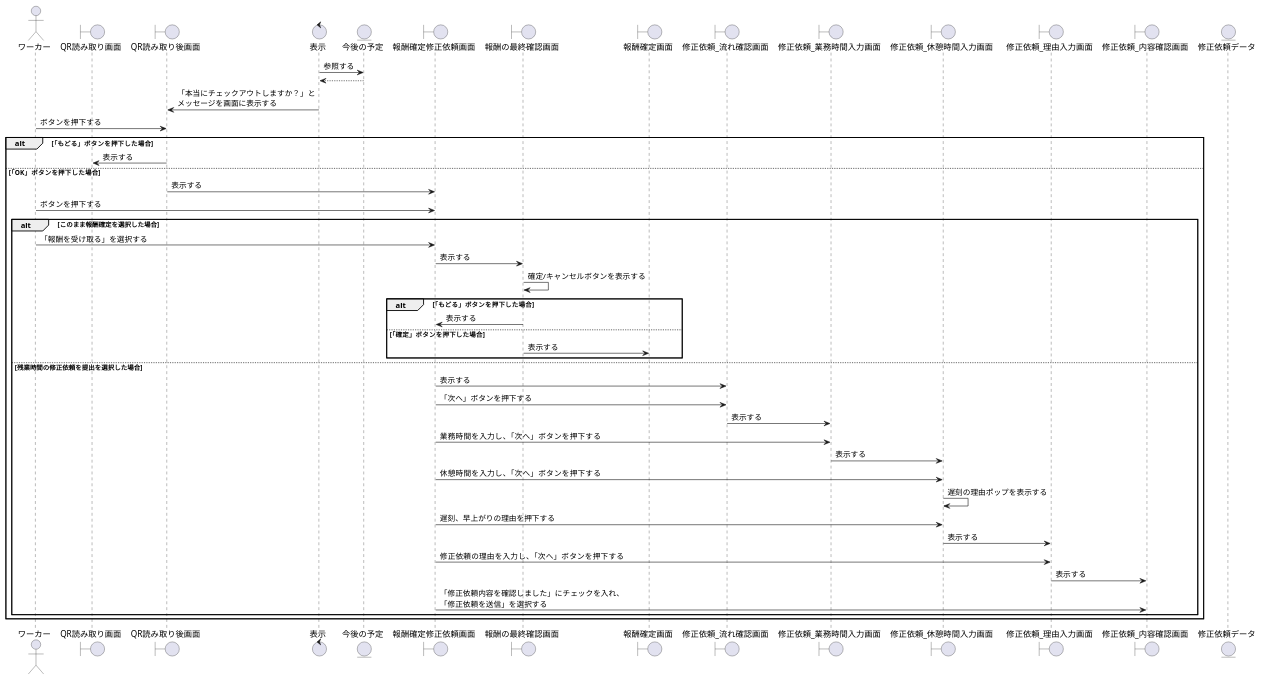
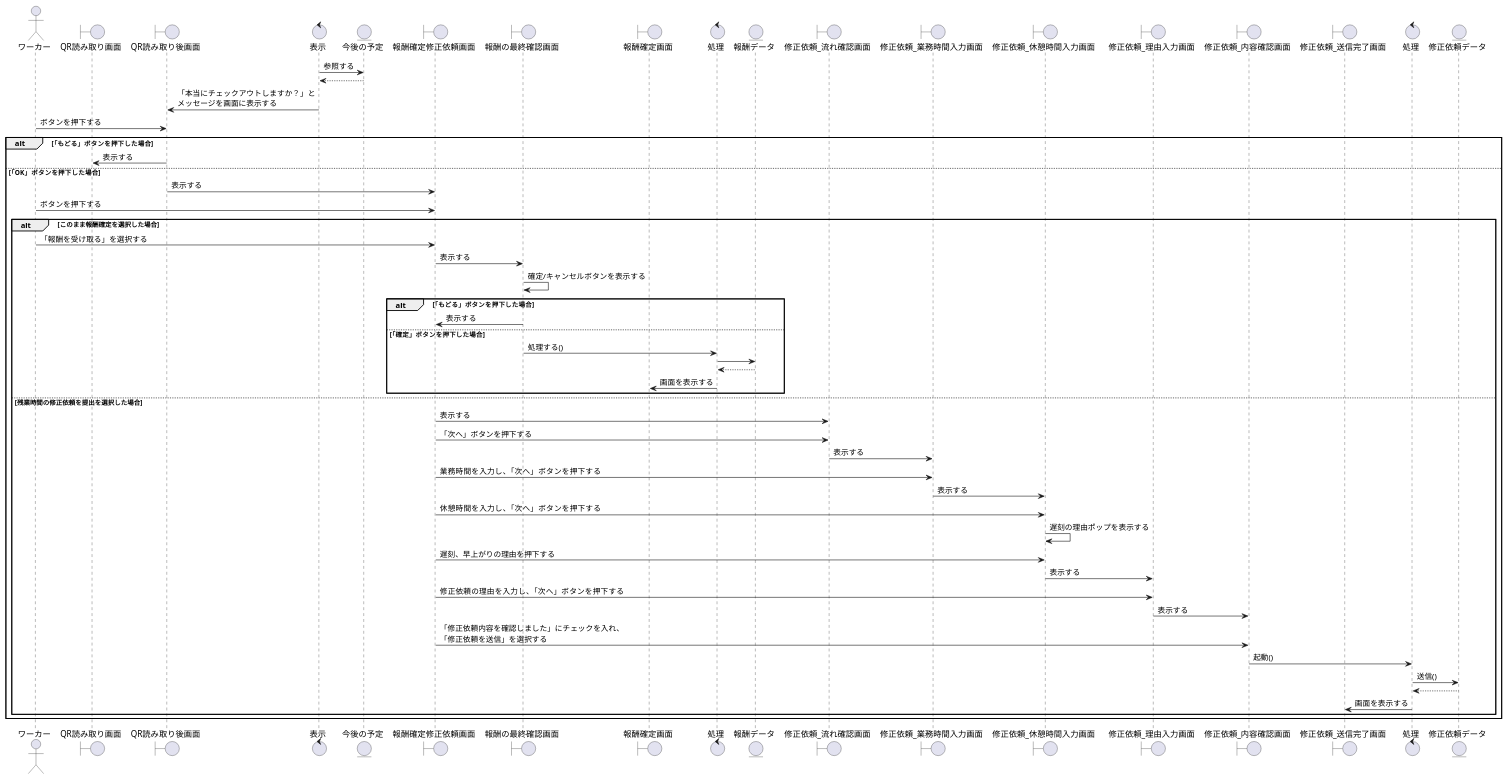
The diagram in sequence_fig/4_business_fn/2_QRの読み取りをする（退勤）.pu (irukacb256/high_Me), drawn with PlantUML before and after one commit. The commit also changed 1 other file, not shown here.

```diff
--- a/sequence_fig/4_business_fn/2_QRの読み取りをする（退勤）.pu
+++ b/sequence_fig/4_business_fn/2_QRの読み取りをする（退勤）.pu
@@ -1,64 +1,79 @@
 @startuml QRの読み取りをする（退勤）
 
 actor ワーカー as wo1
 boundary QR読み取り画面 as ch2
 boundary QR読み取り後画面 as ch1
 control 表示 as co1
 entity 今後の予定 as en1
 boundary 報酬確定修正依頼画面 as rc1
 boundary 報酬の最終確認画面 as rl1
 boundary 報酬確定画面 as rc2
 
+control 処理 as co2
+entity 報酬データ as en2
+
+
 boundary 修正依頼_流れ確認画面 as mr1
 boundary 修正依頼_業務時間入力画面 as mr2
 boundary 修正依頼_休憩時間入力画面 as mr3
 boundary 修正依頼_理由入力画面 as mr4
 boundary 修正依頼_内容確認画面 as mr5
+boundary 修正依頼_送信完了画面 as mr6
+
+control 処理 as co3
+
 
 
 
 entity 修正依頼データ as md1
 
 co1 -> en1 : 参照する
 en1 --> co1
 
 co1 -> ch1 : 「本当にチェックアウトしますか？」と\nメッセージを画面に表示する
 wo1 -> ch1 :ボタンを押下する
 alt 「もどる」ボタンを押下した場合
     ch1 -> ch2 : 表示する
 else 「OK」ボタンを押下した場合
 
 
     ch1 -> rc1 : 表示する
     wo1 -> rc1 :ボタンを押下する
     alt このまま報酬確定を選択した場合
-            wo1 -> rc1 : 「報酬を受け取る」を選択する
+        wo1 -> rc1 : 「報酬を受け取る」を選択する
         rc1 -> rl1 : 表示する
 
         rl1 -> rl1 : 確定/キャンセルボタンを表示する
         alt 「もどる」ボタンを押下した場合
             rl1 -> rc1 : 表示する
         else 「確定」ボタンを押下した場合
-            rl1 -> rc2 : 表示する
+            rl1 -> co2 : 処理する()
+            co2 -> en2
+            co2 <-- en2
+            rc2 <- co2 :画面を表示する
         end
 
     else 残業時間の修正依頼を提出を選択した場合
-    rc1 -> mr1 :表示する
-    rc1 -> mr1 :「次へ」ボタンを押下する
-    mr1 -> mr2 :表示する
-    rc1 -> mr2 :業務時間を入力し、「次へ」ボタンを押下する
-    mr2 -> mr3 :表示する
-    rc1 -> mr3 :休憩時間を入力し、「次へ」ボタンを押下する
-    mr3 -> mr3 :遅刻の理由ポップを表示する
-    rc1 -> mr3 :遅刻、早上がりの理由を押下する
-    mr3 -> mr4 :表示する
-    rc1 -> mr4 :修正依頼の理由を入力し、「次へ」ボタンを押下する
-    mr4 -> mr5 :表示する
-    rc1 -> mr5 :「修正依頼内容を確認しました」にチェックを入れ、\n「修正依頼を送信」を選択する
+        rc1 -> mr1 :表示する
+        rc1 -> mr1 :「次へ」ボタンを押下する
+        mr1 -> mr2 :表示する
+        rc1 -> mr2 :業務時間を入力し、「次へ」ボタンを押下する
+        mr2 -> mr3 :表示する
+        rc1 -> mr3 :休憩時間を入力し、「次へ」ボタンを押下する
+        mr3 -> mr3 :遅刻の理由ポップを表示する
+        rc1 -> mr3 :遅刻、早上がりの理由を押下する
+        mr3 -> mr4 :表示する
+        rc1 -> mr4 :修正依頼の理由を入力し、「次へ」ボタンを押下する
+        mr4 -> mr5 :表示する
+        rc1 -> mr5 :「修正依頼内容を確認しました」にチェックを入れ、\n「修正依頼を送信」を選択する
+        mr5 -> co3 :起動()
+        co3 -> md1 :送信()
+        co3 <-- md1
+        mr6 <- co3 :画面を表示する
 
-        
-        
     end
 
 end
+
+
 @enduml
```
